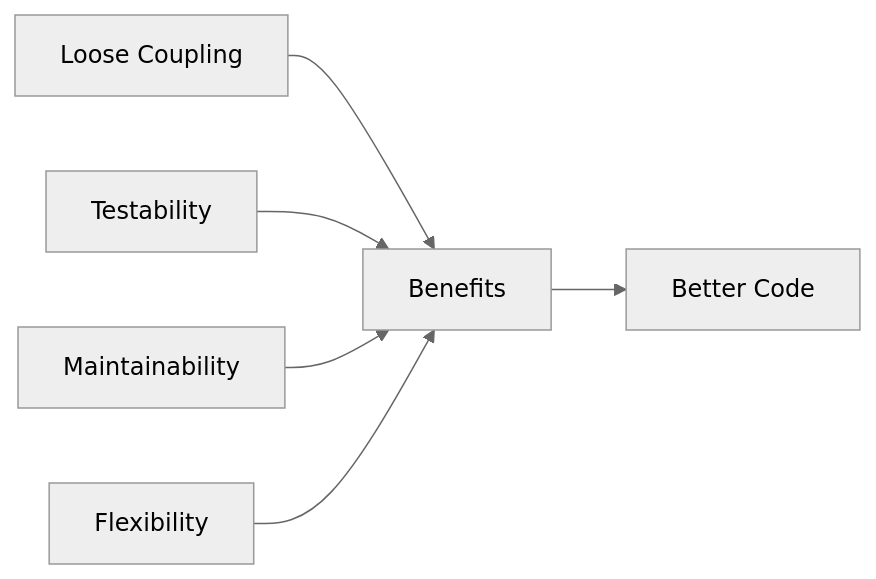
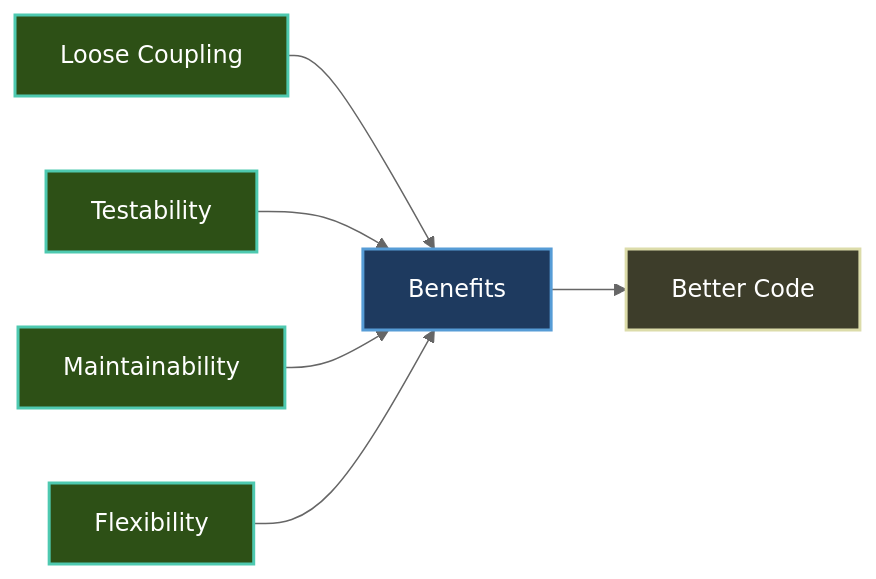
One commit to CrazyPickleStudios/Brine2D-Documentation changed the first of 2 diagrams in docs/concepts/dependency-injection.md. Above: the diagram before and after it, drawn with Mermaid (neutral theme). The commit also changed other lines of this file and 9 other files, not shown here.

````diff
--- a/docs/concepts/dependency-injection.md
+++ b/docs/concepts/dependency-injection.md
@@ -12,8 +12,15 @@
 ```mermaid
 graph LR
     A["Loose Coupling"] --> D["Benefits"]
     B["Testability"] --> D
     C["Maintainability"] --> D
     E["Flexibility"] --> D
     D --> F["Better Code"]
+
+    style A fill:#2d5016,stroke:#4ec9b0,stroke-width:2px,color:#fff
+style B fill:#2d5016,stroke:#4ec9b0,stroke-width:2px,color:#fff
+style C fill:#2d5016,stroke:#4ec9b0,stroke-width:2px,color:#fff
+style E fill:#2d5016,stroke:#4ec9b0,stroke-width:2px,color:#fff
+style D fill:#1e3a5f,stroke:#569cd6,stroke-width:2px,color:#fff
+style F fill:#3d3d2a,stroke:#dcdcaa,stroke-width:2px,color:#fff
 ```
````
